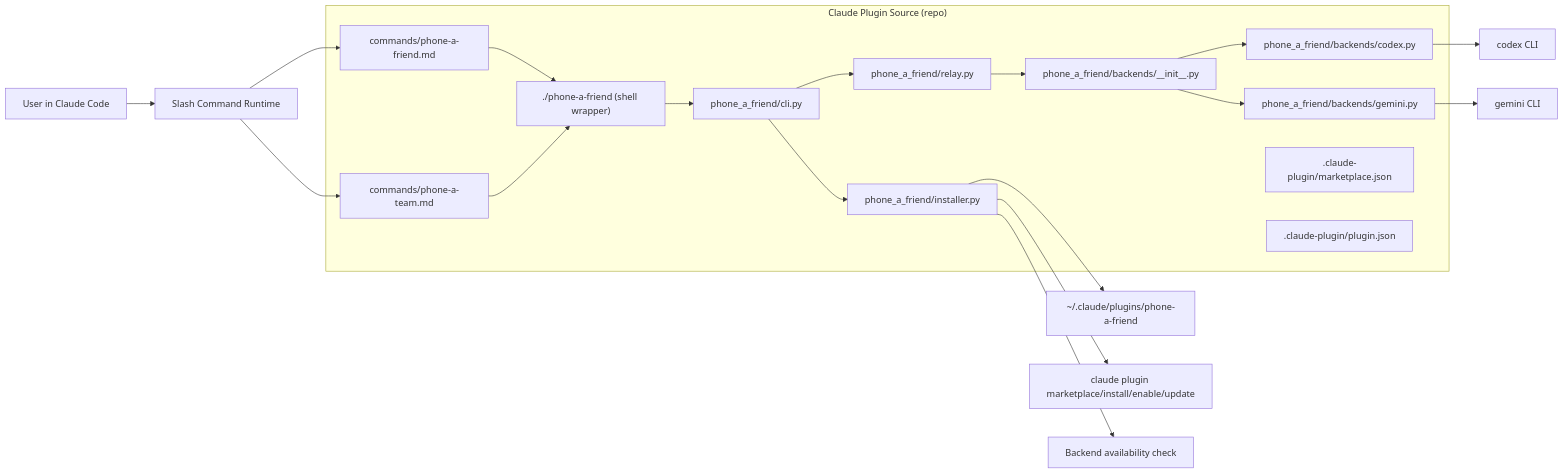
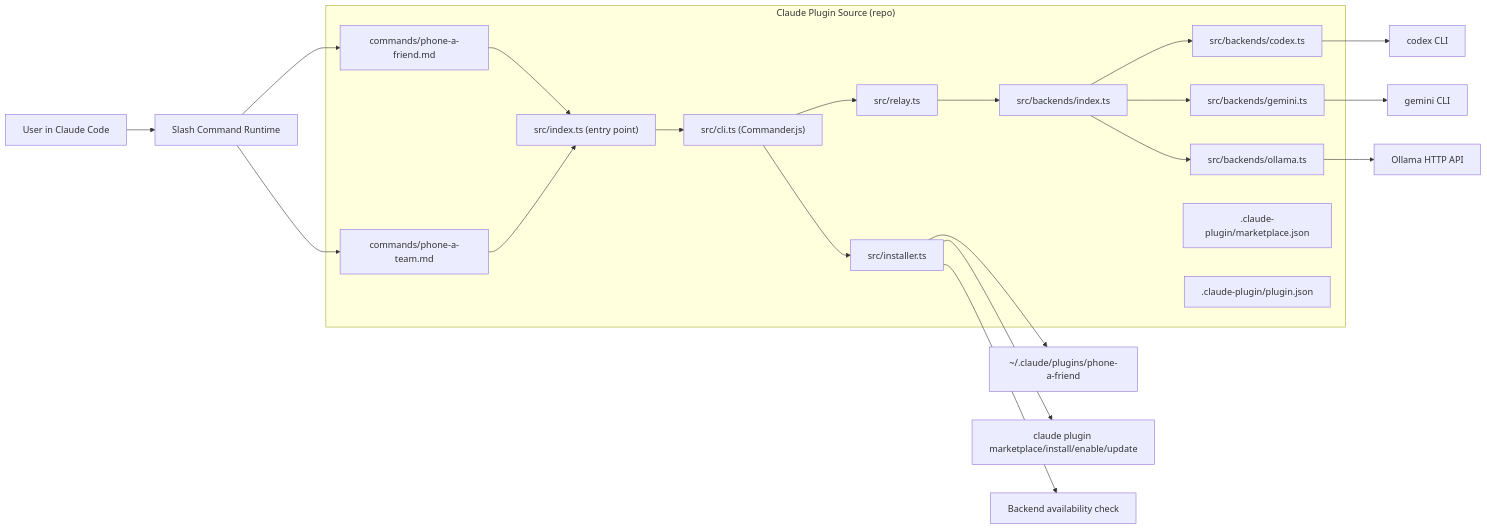
The first of 2 diagrams in architecture/00-system-overview.md (freibergergarcia/phone-a-friend), drawn with Mermaid before and after one commit. The commit also changed other lines of this file and 81 other files, not shown here.

First line of the commit message:
TypeScript rewrite + TUI plugin status bar + remove API backends (#16)

````diff
--- a/architecture/00-system-overview.md
+++ b/architecture/00-system-overview.md
@@ -7,36 +7,39 @@
 ```mermaid
 flowchart LR
   U[User in Claude Code] --> SC[Slash Command Runtime]
 
   subgraph Plugin["Claude Plugin Source (repo)"]
     C1["commands/phone-a-friend.md"]
     C2["commands/phone-a-team.md"]
-    W["./phone-a-friend (shell wrapper)"]
-    CLI["phone_a_friend/cli.py"]
-    R["phone_a_friend/relay.py"]
-    BREG["phone_a_friend/backends/__init__.py"]
-    BC["phone_a_friend/backends/codex.py"]
-    BG["phone_a_friend/backends/gemini.py"]
-    INST["phone_a_friend/installer.py"]
+    IDX["src/index.ts (entry point)"]
+    CLI["src/cli.ts (Commander.js)"]
+    R["src/relay.ts"]
+    BREG["src/backends/index.ts"]
+    BC["src/backends/codex.ts"]
+    BG["src/backends/gemini.ts"]
+    BO["src/backends/ollama.ts"]
+    INST["src/installer.ts"]
     PM[".claude-plugin/marketplace.json"]
     PJ[".claude-plugin/plugin.json"]
   end
 
   SC --> C1
   SC --> C2
 
-  C1 --> W
-  C2 --> W
-  W --> CLI
+  C1 --> IDX
+  C2 --> IDX
+  IDX --> CLI
   CLI --> R
   R --> BREG
   BREG --> BC
   BREG --> BG
+  BREG --> BO
   BC --> COD["codex CLI"]
   BG --> GEM["gemini CLI"]
+  BO --> OLL["Ollama HTTP API"]
 
   CLI --> INST
   INST --> CP["~/.claude/plugins/phone-a-friend"]
   INST --> CCLI["claude plugin marketplace/install/enable/update"]
   INST --> BCHK["Backend availability check"]
 ```
````
